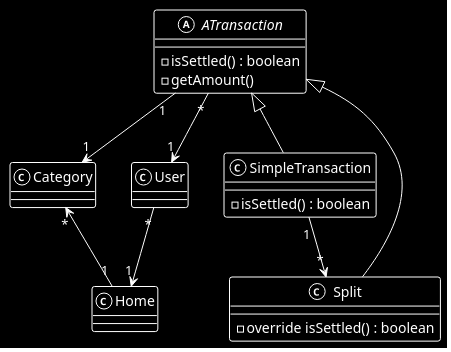
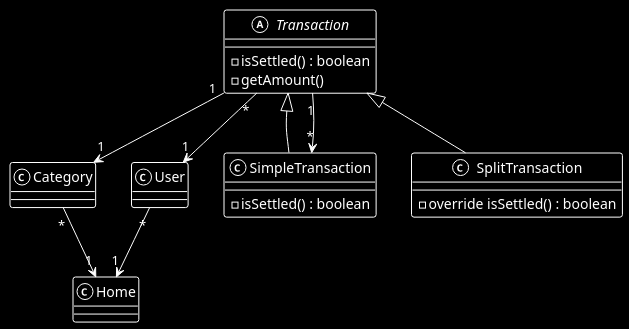
One commit to GabSabbath/sharebill changed the diagram in doc/diagrams/model.puml. Above: the diagram before and after it, drawn with PlantUML. The commit also changed 1 other file, not shown here.

```diff
--- a/doc/diagrams/model.puml
+++ b/doc/diagrams/model.puml
@@ -1,30 +1,30 @@
 @startuml
 !theme mono
 skinparam monochrome reverse
 
 class Category 
 
 class Home
 
 class User 
 
-abstract class ATransaction {
+abstract class Transaction {
     - isSettled() : boolean
     - getAmount()
 }
 
-class SimpleTransaction extends ATransaction {
+class SimpleTransaction extends Transaction {
     - isSettled() : boolean 
 }
 
-class Split extends ATransaction { 
+class SplitTransaction extends Transaction { 
     - override isSettled() : boolean 
 }
 
-ATransaction "*" --> "1" User
-ATransaction "1" --> "1" Category
+Transaction "*" --> "1" User
+Transaction "1" --> "1" Category
 User "*" --> "1" Home
-Category "*" <-- "1" Home
-SimpleTransaction "1" --> "*" Split
+Category "*" --> "1" Home
+Transaction "1" --> "*" SimpleTransaction
 
 @enduml
```
